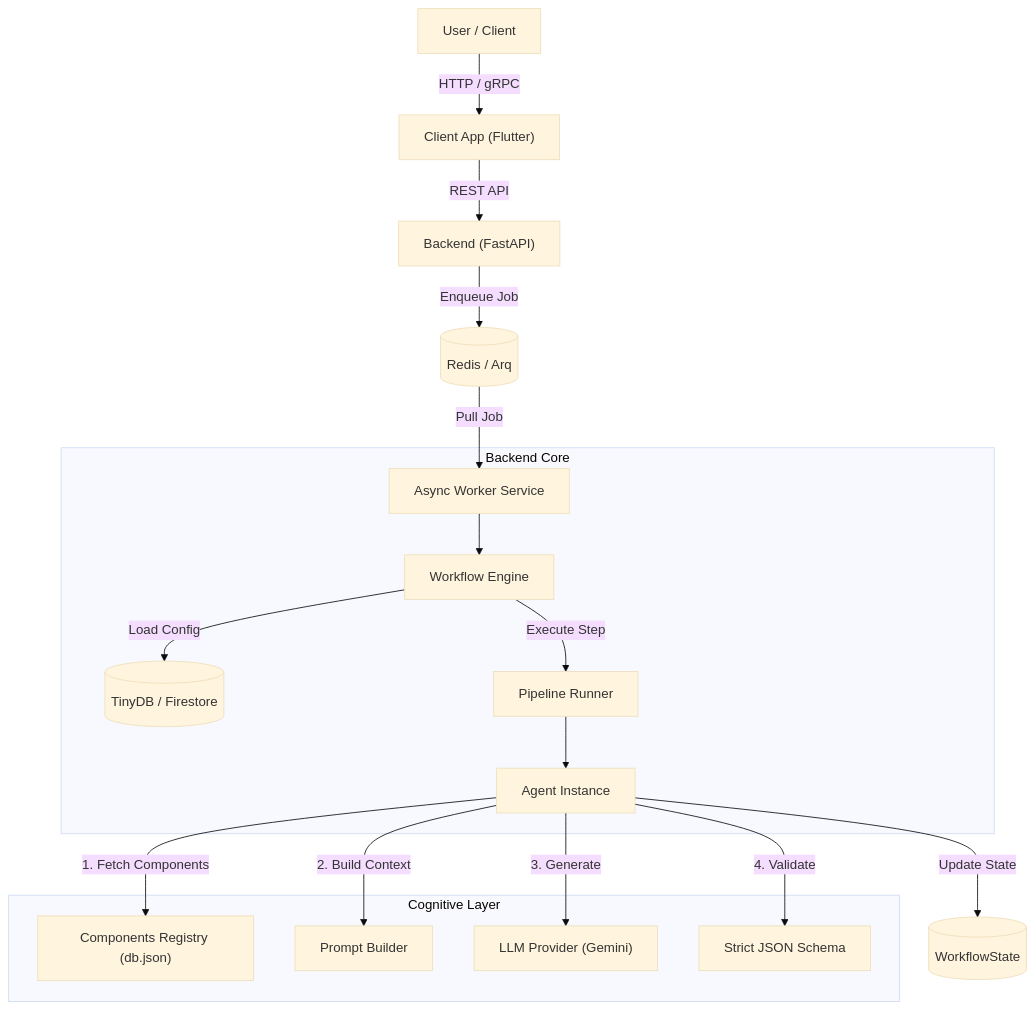
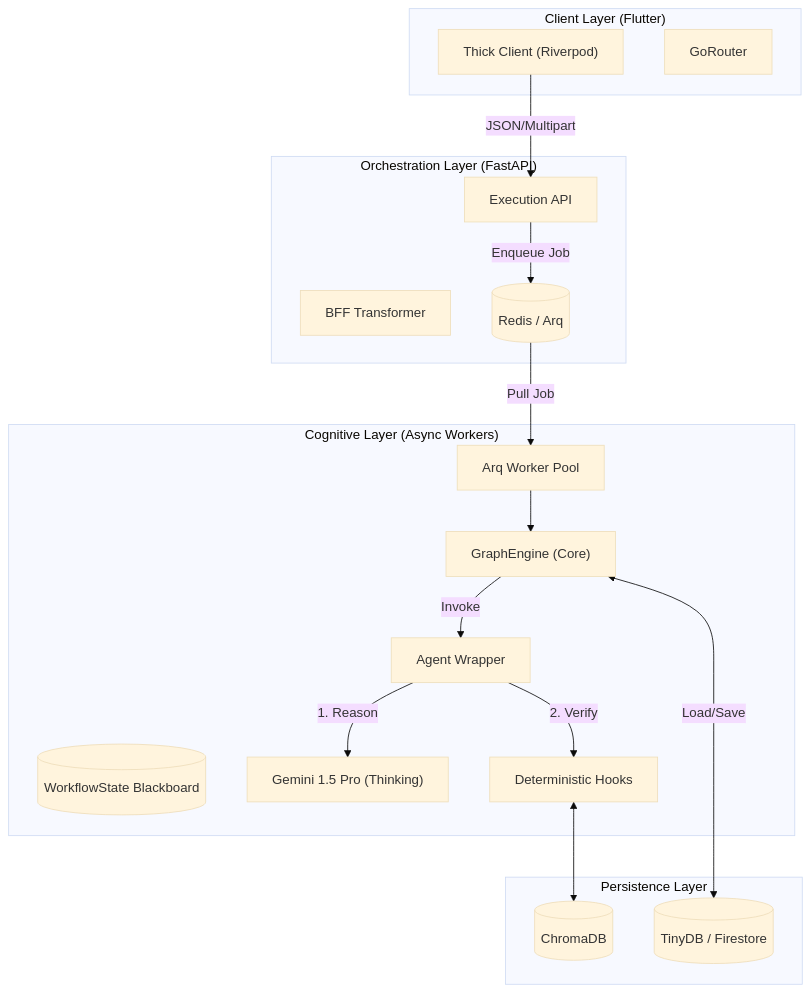
Before and after one commit to launis/quorum: the diagram in docs/architecture.md, drawn with Mermaid (base theme). The commit also changed other lines of this file and 17 other files, not shown here.

Commit message:
feat: Add comprehensive documentation for system architecture, data management, and various core components, and update the README.

````diff
--- a/docs/architecture.md
+++ b/docs/architecture.md
@@ -7,25 +14,35 @@
 ```mermaid
 graph TD
-    User["User / Client"] -->|HTTP / gRPC| Client["Client App (Flutter)"]
-    Client -->|REST API| Backend["Backend (FastAPI)"]
-    
-    Backend -->|Enqueue Job| Redis[(Redis / Arq)]
-    Redis -->|Pull Job| Worker["Async Worker Service"]
-    
-    subgraph "Backend Core"
-        Worker --> Engine["Workflow Engine"]
-        Engine -->|Load Config| DB[("TinyDB / Firestore")]
-        Engine -->|Execute Step| Runner["Pipeline Runner"]
+    subgraph "Client Layer (Flutter)"
+        App["Thick Client (Riverpod)"]
+        Router["GoRouter"]
+    end
+
+    subgraph "Orchestration Layer (FastAPI)"
+        API["Execution API"]
+        BFF["BFF Transformer"]
+        Queue[(Redis / Arq)]
+    end
+
+    subgraph "Cognitive Layer (Async Workers)"
+        Worker["Arq Worker Pool"]
+        Engine["GraphEngine (Core)"]
+        State[("WorkflowState Blackboard")]
         
-        Runner --> Agent["Agent Instance"]
+        Engine -->|Invoke| Agent["Agent Wrapper"]
+        Agent -->|1. Reason| LLM["Gemini 1.5 Pro (Thinking)"]
+        Agent -->|2. Verify| Hooks["Deterministic Hooks"]
     end
-    
-    subgraph "Cognitive Layer"
-        Agent -->|1. Fetch Components| Registry["Components Registry (db.json)"]
-        Agent -->|2. Build Context| PromptBuilder["Prompt Builder"]
-        Agent -->|3. Generate| LLM["LLM Provider (Gemini)"]
-        Agent -->|4. Validate| Schema["Strict JSON Schema"]
+
+    subgraph "Persistence Layer"
+        DB[("TinyDB / Firestore")]
+        VectorDB[("ChromaDB")]
     end
-    
-    Agent -->|Update State| State[("WorkflowState")]
+
+    App -->|JSON/Multipart| API
+    API -->|Enqueue Job| Queue
+    Queue -->|Pull Job| Worker
+    Worker --> Engine
+    Engine <-->|Load/Save| DB
+    Hooks <--> VectorDB
 ```
````
